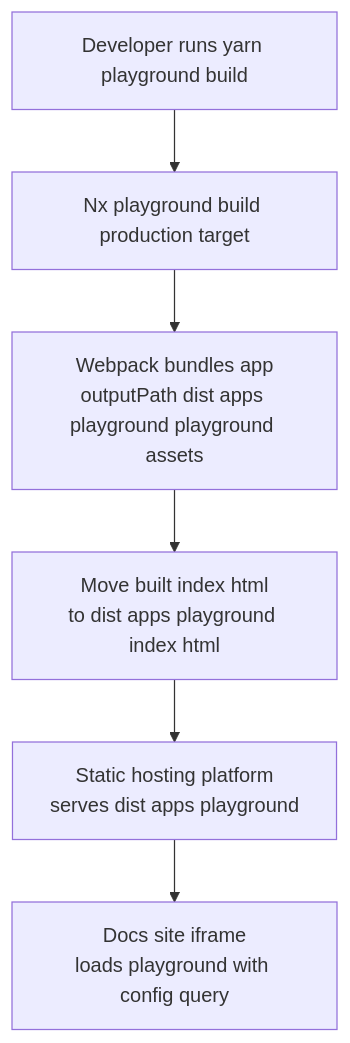
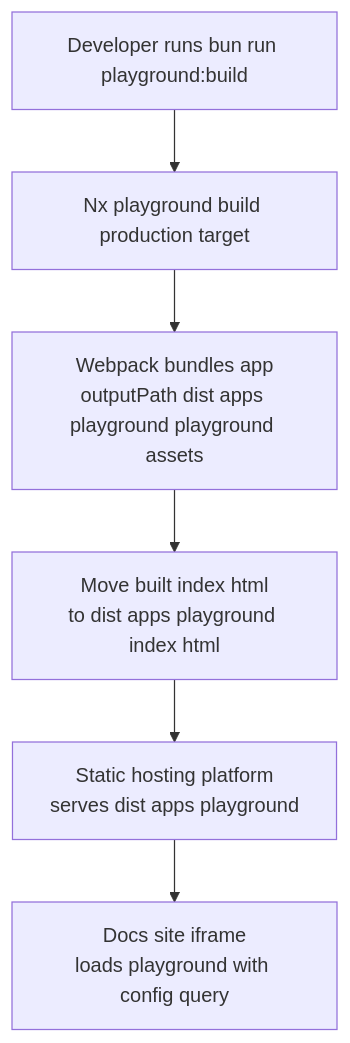
One commit to HumanSignal/label-studio changed the third of 3 diagrams in web/apps/playground/README.mdc. Above: the diagram before and after it, drawn with Mermaid. The commit also changed 27 other files, not shown here.

Commit message:
chore: FIT-1551: Migrate LSE Yarn/NX/Webpack to Bun/Vite

````diff
--- a/web/apps/playground/README.mdc
+++ b/web/apps/playground/README.mdc
@@ -207,8 +207,8 @@
 ```mermaid
 flowchart TD
-  A1[Developer runs yarn playground build] --> B1[Nx playground build production target]
+  A1[Developer runs bun run playground:build] --> B1[Nx playground build production target]
   B1 --> C1[Webpack bundles app<br/>outputPath dist apps playground playground assets]
   C1 --> D1[Move built index html<br/>to dist apps playground index html]
   D1 --> E1[Static hosting platform<br/>serves dist apps playground]
   E1 --> F1[Docs site iframe<br/>loads playground with config query]
 ```
````
